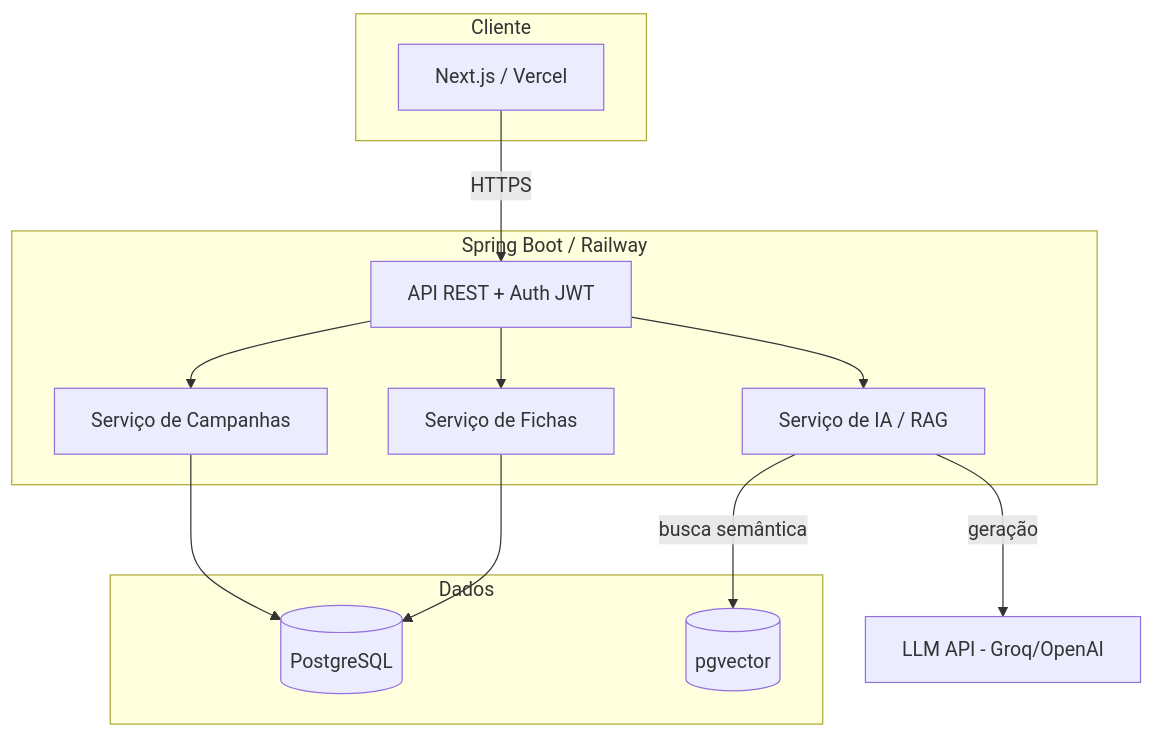
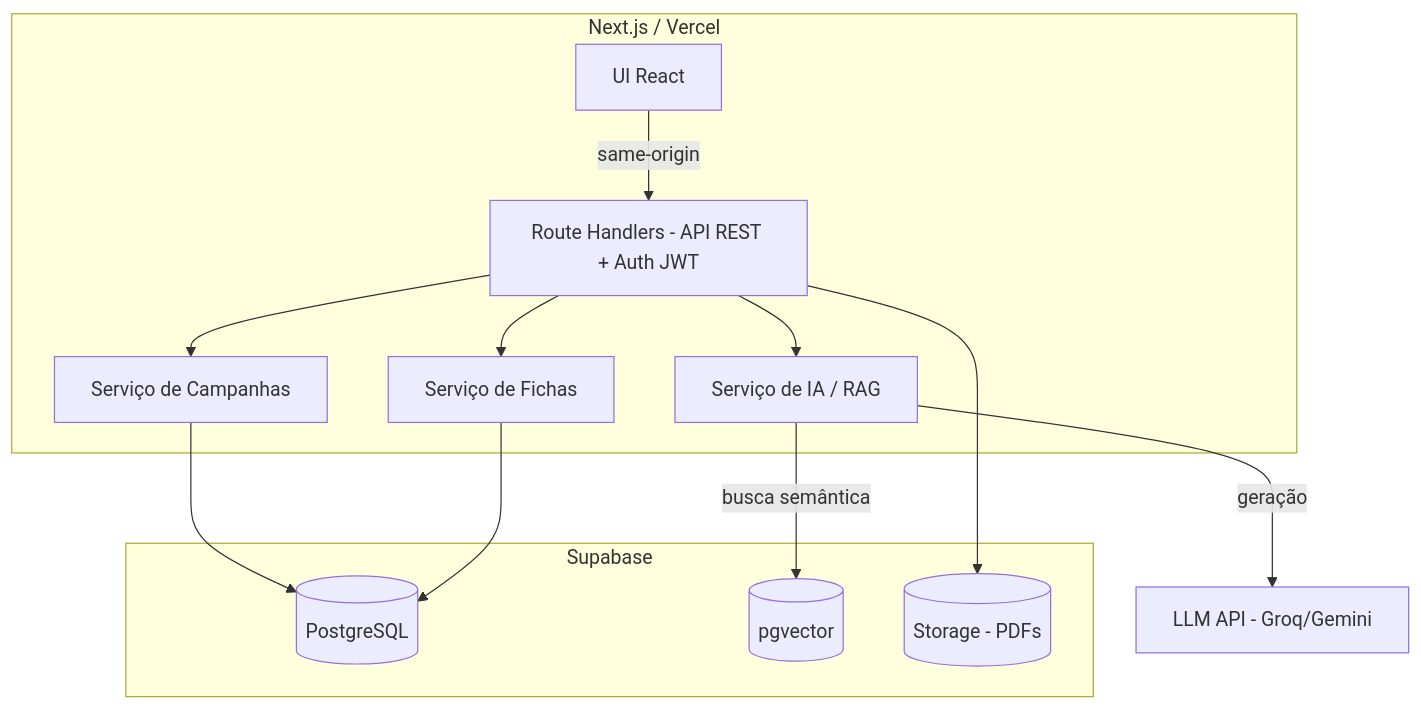
The first of 4 diagrams in portal-rpg-arquitetura.md (EduardoMartins-Dev/rpg), drawn with Mermaid before and after one commit. The commit also changed other lines of this file and 110 other files, not shown here.

````diff
--- a/portal-rpg-arquitetura.md
+++ b/portal-rpg-arquitetura.md
@@ -51,24 +57,24 @@
 ```mermaid
 flowchart TB
-    subgraph Cliente
-        A[Next.js / Vercel]
-    end
-    subgraph Backend["Spring Boot / Railway"]
-        B[API REST + Auth JWT]
+    subgraph App["Next.js / Vercel"]
+        A[UI React]
+        B[Route Handlers - API REST + Auth JWT]
         C[Serviço de Campanhas]
         D[Serviço de Fichas]
         E[Serviço de IA / RAG]
     end
-    subgraph Dados
+    subgraph Dados["Supabase"]
         F[(PostgreSQL)]
         G[(pgvector)]
+        S[(Storage - PDFs)]
     end
-    H[LLM API - Groq/OpenAI]
+    H[LLM API - Groq/Gemini]
 
-    A -->|HTTPS| B
+    A -->|same-origin| B
     B --> C --> F
     B --> D --> F
     B --> E
     E -->|busca semântica| G
     E -->|geração| H
+    B --> S
 ```
````
